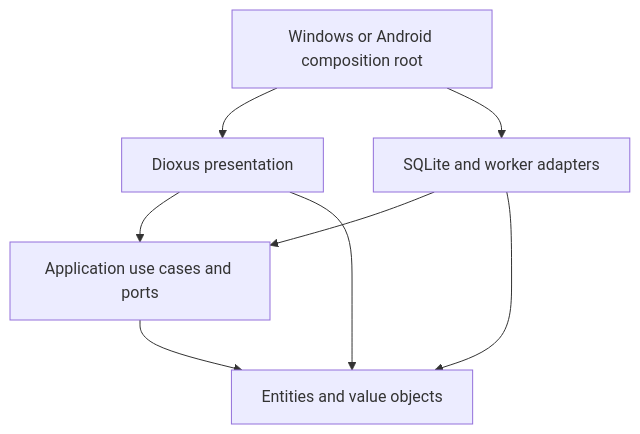
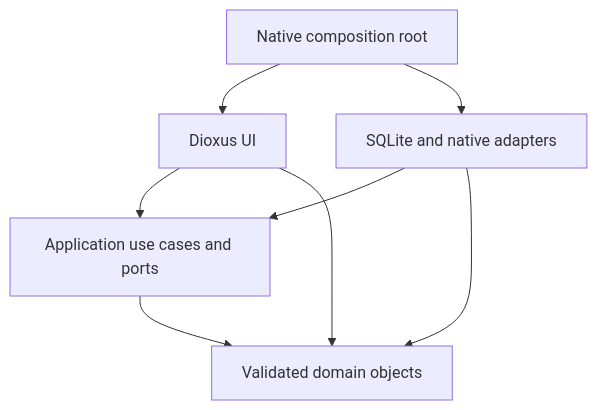
The diagram in docs/architecture.md (Rayato159/ledgers-bro), drawn with Mermaid before and after one commit. The commit also changed other lines of this file and 92 other files, not shown here.

Commit message:
Fix model download lifecycle, recurring edits and chart details for 0.1.7

````diff
--- a/docs/architecture.md
+++ b/docs/architecture.md
@@ -7,10 +5,10 @@
 ```mermaid
 flowchart TD
-    Host[Windows or Android composition root] --> UI[Dioxus presentation]
-    Host --> Infra[SQLite and worker adapters]
+    Host[Native composition root] --> UI[Dioxus UI]
+    Host --> Infra[SQLite and native adapters]
     UI --> App[Application use cases and ports]
     Infra --> App
-    App --> Domain[Entities and value objects]
+    App --> Domain[Validated domain objects]
     Infra --> Domain
     UI --> Domain
 ```
````
